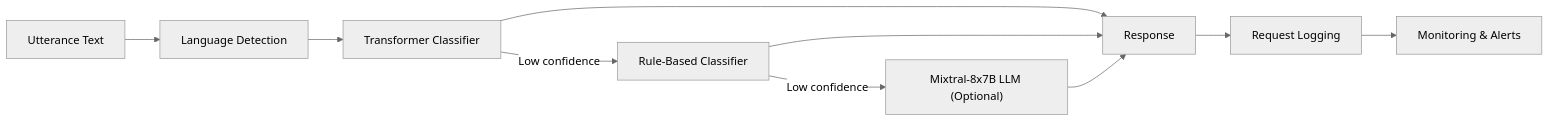
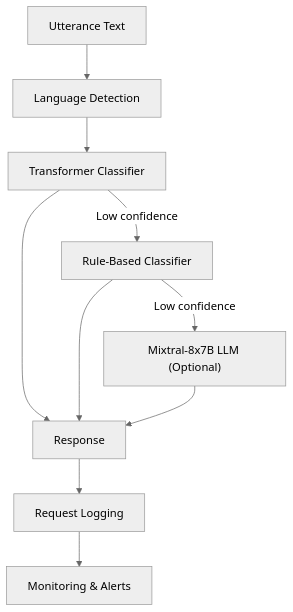
Before and after one commit to Abdulraqib20/irembo-voice-ai: the diagram in README.md, drawn with Mermaid (neutral theme).

Commit message:
feat: update system architecture diagram flow direction for clarity

````diff
--- a/README.md
+++ b/README.md
@@ -29,16 +29,15 @@
 ```mermaid
-flowchart LR
+flowchart TD
     A["Utterance Text"] --> B["Language Detection"]
     B --> C["Transformer Classifier"]
 
     C -->|Low confidence| D["Rule-Based Classifier"]
     D -->|Low confidence| E["Mixtral-8x7B LLM (Optional)"]
 
     C --> F["Response"]
     D --> F
     E --> F
 
     F --> G["Request Logging"]
     G --> H["Monitoring & Alerts"]
-
 ```
````
